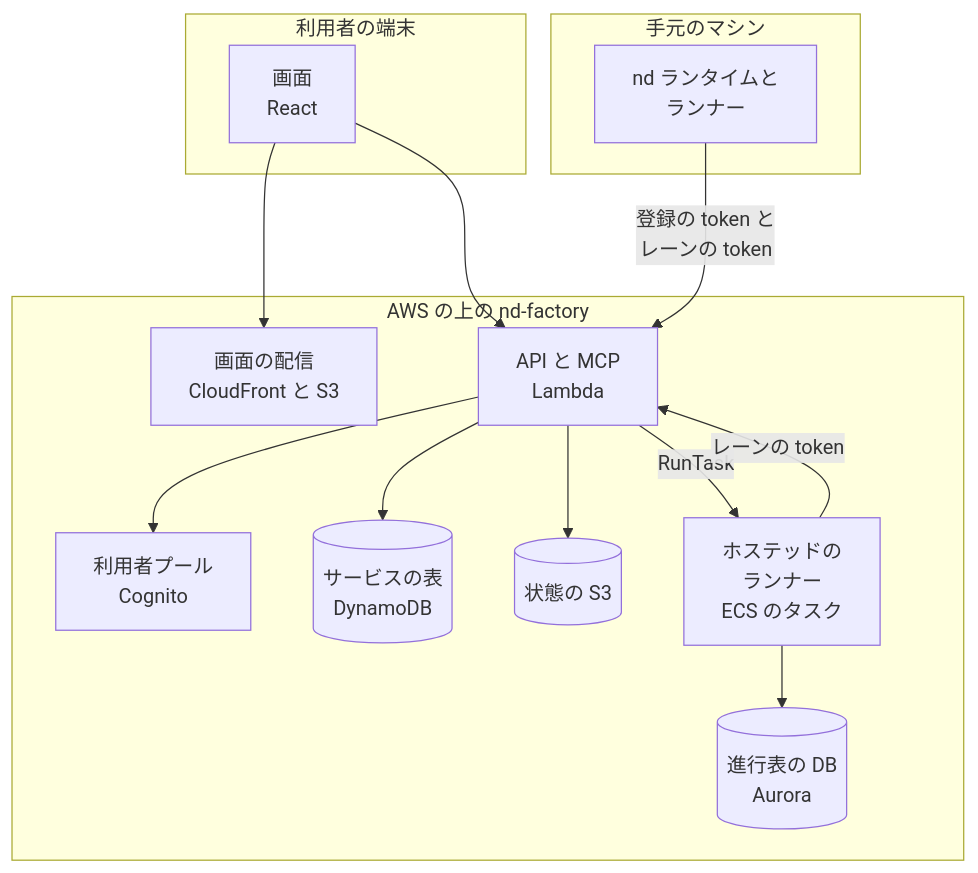
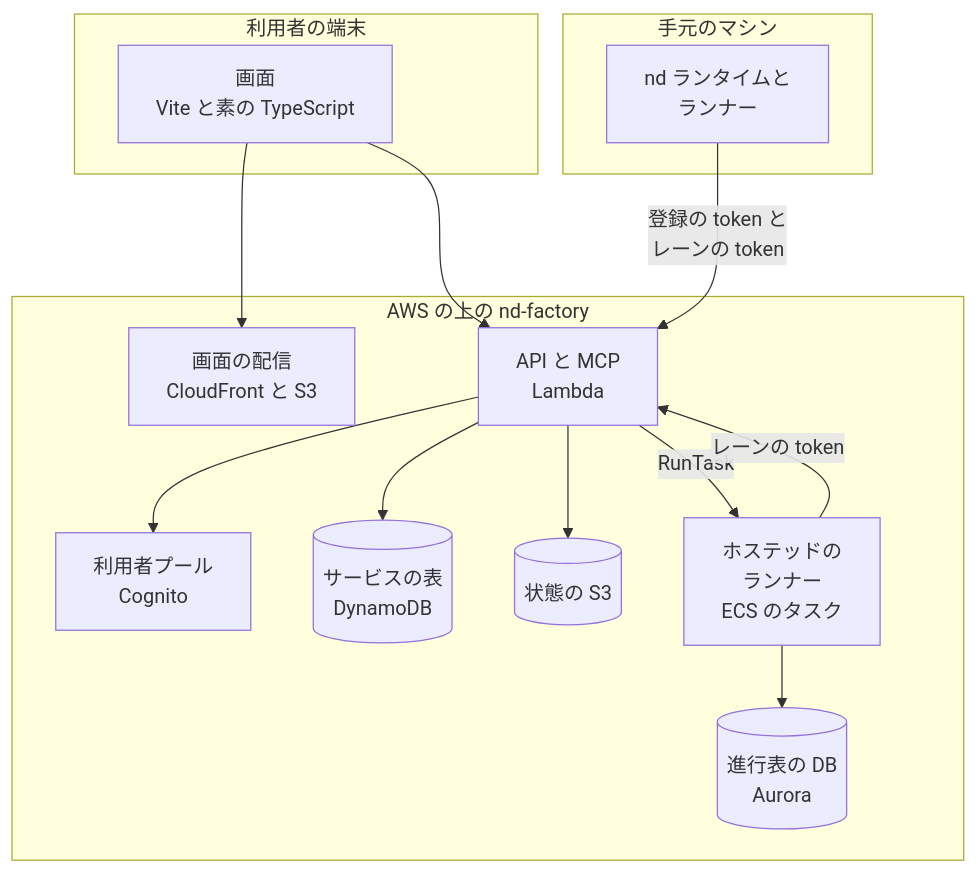
The second of 3 diagrams in docs/design/rebuild/06-overall-architecture.md (devbasex/nd-factory), drawn with Mermaid before and after one commit. The commit also changed other lines of this file and 10 other files, not shown here.

````diff
--- a/docs/design/rebuild/06-overall-architecture.md
+++ b/docs/design/rebuild/06-overall-architecture.md
@@ -80,27 +80,27 @@
 ```mermaid
 graph TD
     subgraph 利用者の端末
-        WEB[画面<br/>React]
+        WEB[画面<br/>Vite と素の TypeScript]
     end
     subgraph AWS の上の nd-factory
         CDN[画面の配信<br/>CloudFront と S3]
         API[API と MCP<br/>Lambda]
         IDP[利用者プール<br/>Cognito]
         DDB[(サービスの表<br/>DynamoDB)]
         S3[(状態の S3)]
         TASK[ホステッドの<br/>ランナー<br/>ECS のタスク]
         PG[(進行表の DB<br/>Aurora)]
     end
     subgraph 手元のマシン
         NDR[nd ランタイムと<br/>ランナー]
     end
     WEB --> CDN
     WEB --> API
     API --> IDP
     API --> DDB
     API --> S3
     API -->|RunTask| TASK
     TASK -->|レーンの token| API
     TASK --> PG
     NDR -->|登録の token と<br/>レーンの token| API
 ```
````
